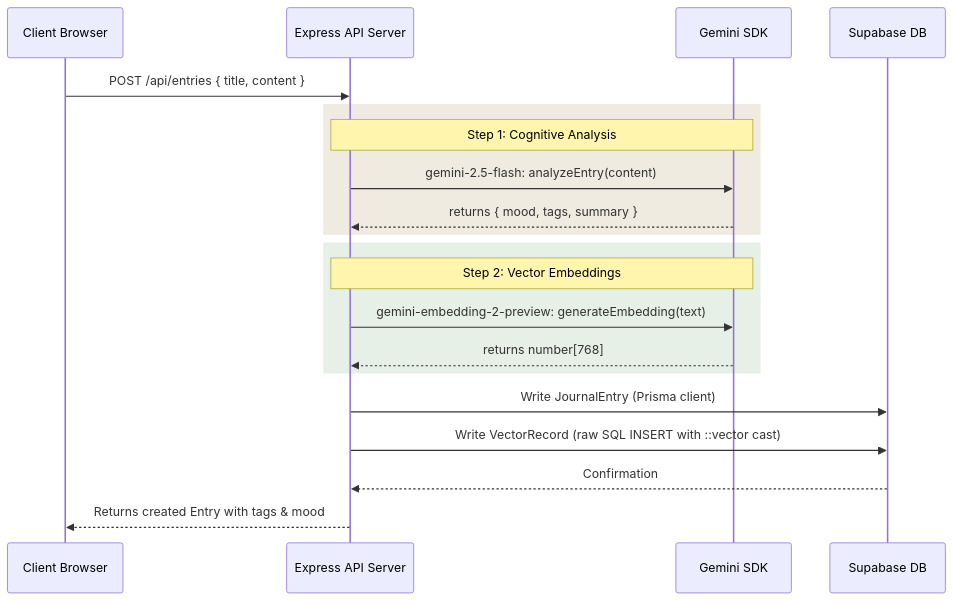
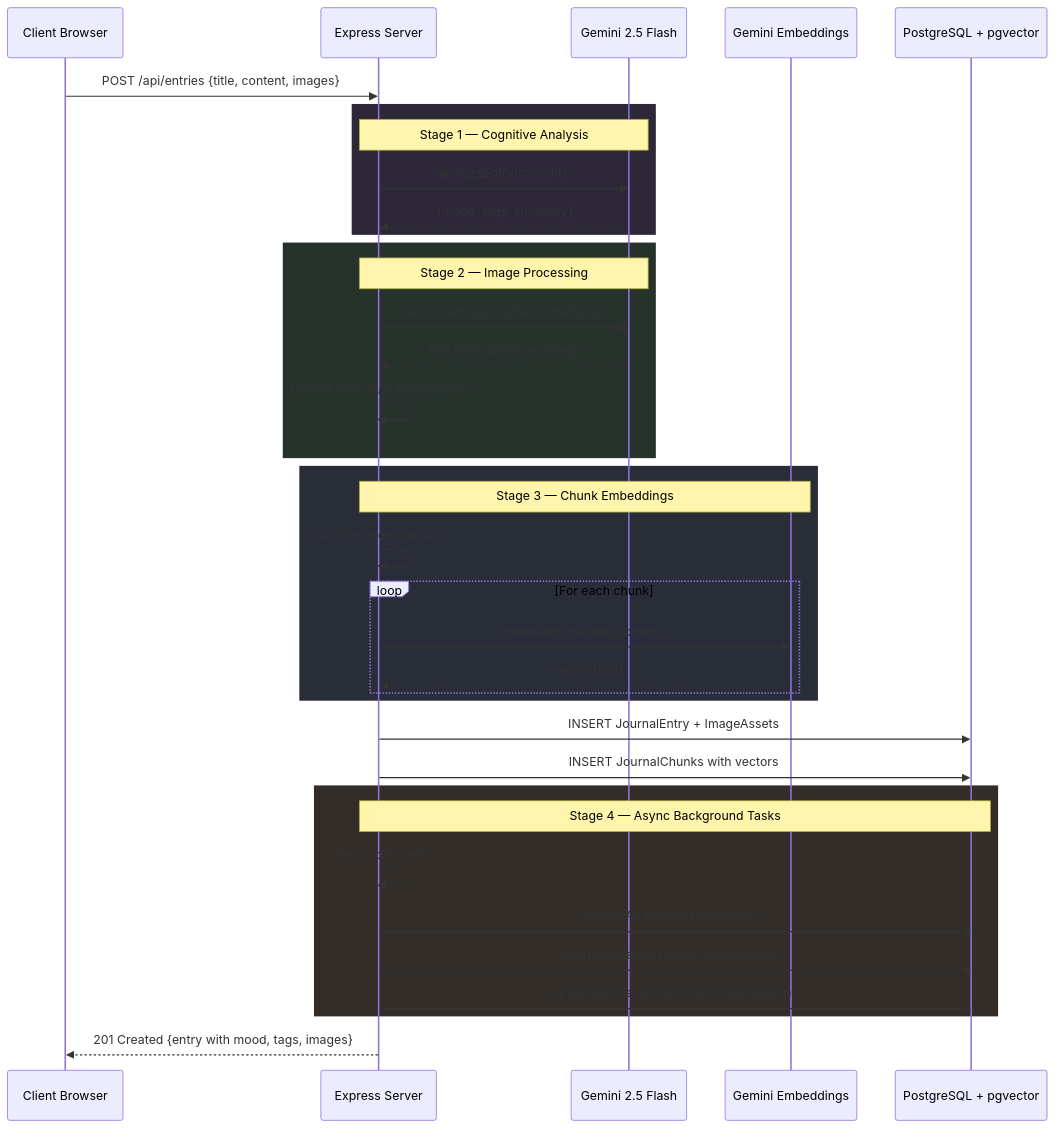
The third of 8 diagrams in README.md (NINJA981/Solace-Diaries), drawn with Mermaid before and after one commit. The commit also changed other lines of this file, not shown here.

````diff
--- a/README.md
+++ b/README.md
@@ -157,23 +227,45 @@
 ```mermaid
 sequenceDiagram
     participant User as Client Browser
-    participant API as Express API Server
-    participant Gemini as Gemini SDK
-    participant DB as Supabase DB
+    participant API as Express Server
+    participant AI as Gemini 2.5 Flash
+    participant Embed as Gemini Embeddings
+    participant DB as PostgreSQL + pgvector
 
-    User->>API: POST /api/entries { title, content }
-    rect rgb(240, 235, 225)
-        Note over API, Gemini: Step 1: Cognitive Analysis
-        API->>Gemini: gemini-2.5-flash: analyzeEntry(content)
-        Gemini-->>API: returns { mood, tags, summary }
+    User->>API: POST /api/entries {title, content, images}
+
+    rect rgb(45, 40, 55)
+        Note over API,AI: Stage 1 — Cognitive Analysis
+        API->>AI: analyzeEntry(content)
+        AI-->>API: {mood, tags, summary}
     end
-    rect rgb(230, 240, 230)
-        Note over API, Gemini: Step 2: Vector Embeddings
-        API->>Gemini: gemini-embedding-2-preview: generateEmbedding(text)
-        Gemini-->>API: returns number[768]
+
+    rect rgb(40, 50, 45)
+        Note over API,AI: Stage 2 — Image Processing
+        API->>AI: describeImage(buffer, mimeType)
+        AI-->>API: text description per image
+        API->>API: Upload files to /public/uploads
     end
-    API->>DB: Write JournalEntry (Prisma client)
-    API->>DB: Write VectorRecord (raw SQL INSERT with ::vector cast)
-    DB-->>API: Confirmation
-    API-->>User: Returns created Entry with tags & mood
+
+    rect rgb(40, 45, 55)
+        Note over API,Embed: Stage 3 — Chunk Embeddings
+        API->>API: chunkText(semanticDoc)
+        loop For each chunk
+            API->>Embed: generateEmbedding(chunk)
+            Embed-->>API: number[768]
+        end
+    end
+
+    API->>DB: INSERT JournalEntry + ImageAssets
+    API->>DB: INSERT JournalChunks with vectors
+
+    rect rgb(50, 45, 40)
+        Note over API,DB: Stage 4 — Async Background Tasks
+        API-->>API: fire-and-forget
+        API-)DB: extractAndProcessMemories()
+        API-)DB: longTermMemory.extractAndProcess()
+        API-)DB: graphService.extractAndProcessGraph()
+    end
+
+    API-->>User: 201 Created {entry with mood, tags, images}
 ```
````
